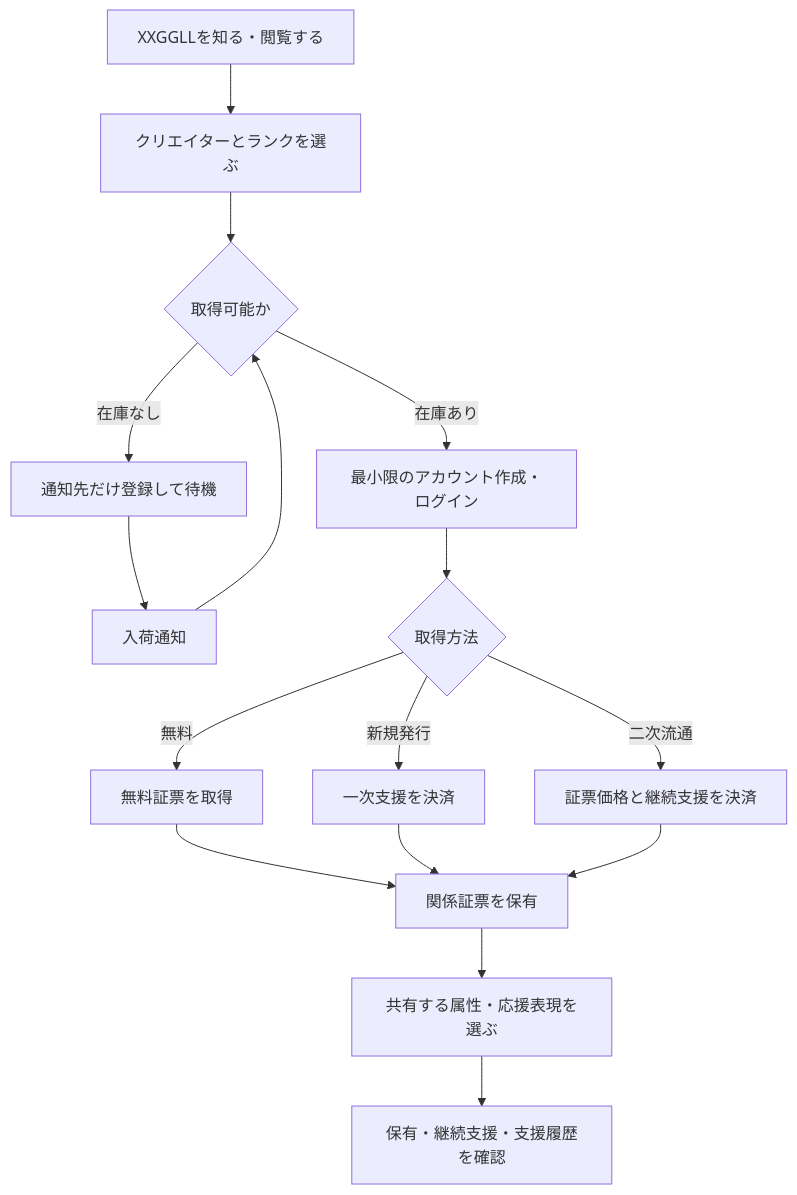
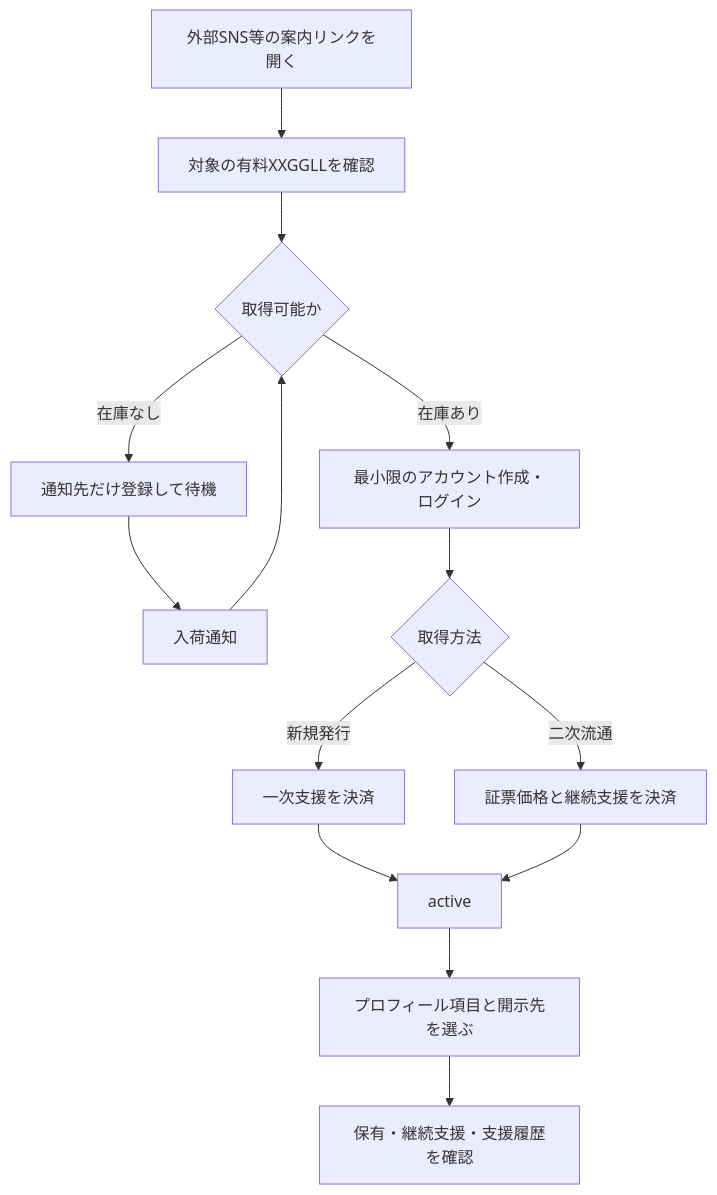
One commit to odokura/odokura-hp changed the diagram in docs/apps/XXGGLL/concept/general/relationship-general.md. Above: the diagram before and after it, drawn with Mermaid. The commit also changed other lines of this file and 28 other files, not shown here.

````diff
--- a/docs/apps/XXGGLL/concept/general/relationship-general.md
+++ b/docs/apps/XXGGLL/concept/general/relationship-general.md
@@ -22,18 +22,16 @@
 ```mermaid
 flowchart TB
-    discover[XXGGLLを知る・閲覧する] --> select[クリエイターとランクを選ぶ]
-    select --> inventory{取得可能か}
+    discover[外部SNS等の案内リンクを開く] --> offer[対象の有料XXGGLLを確認]
+    offer --> inventory{取得可能か}
     inventory -->|在庫なし| wait[通知先だけ登録して待機]
     wait --> notice[入荷通知]
     notice --> inventory
     inventory -->|在庫あり| account[最小限のアカウント作成・ログイン]
     account --> route{取得方法}
-    route -->|無料| acquireFree[無料証票を取得]
     route -->|新規発行| primary[一次支援を決済]
     route -->|二次流通| secondary[証票価格と継続支援を決済]
-    acquireFree --> active[関係証票を保有]
     primary --> active
     secondary --> active
-    active --> profile[共有する属性・応援表現を選ぶ]
+    active --> profile[プロフィール項目と開示先を選ぶ]
     profile --> continue[保有・継続支援・支援履歴を確認]
 ```
````
